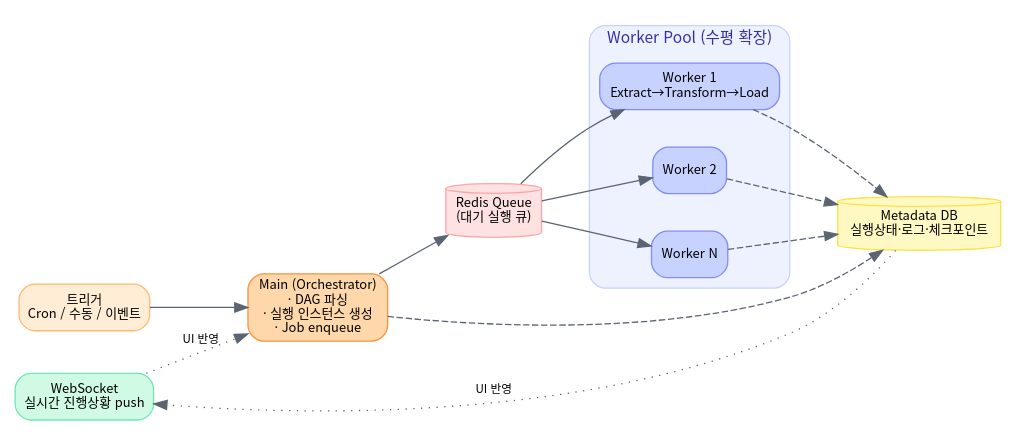
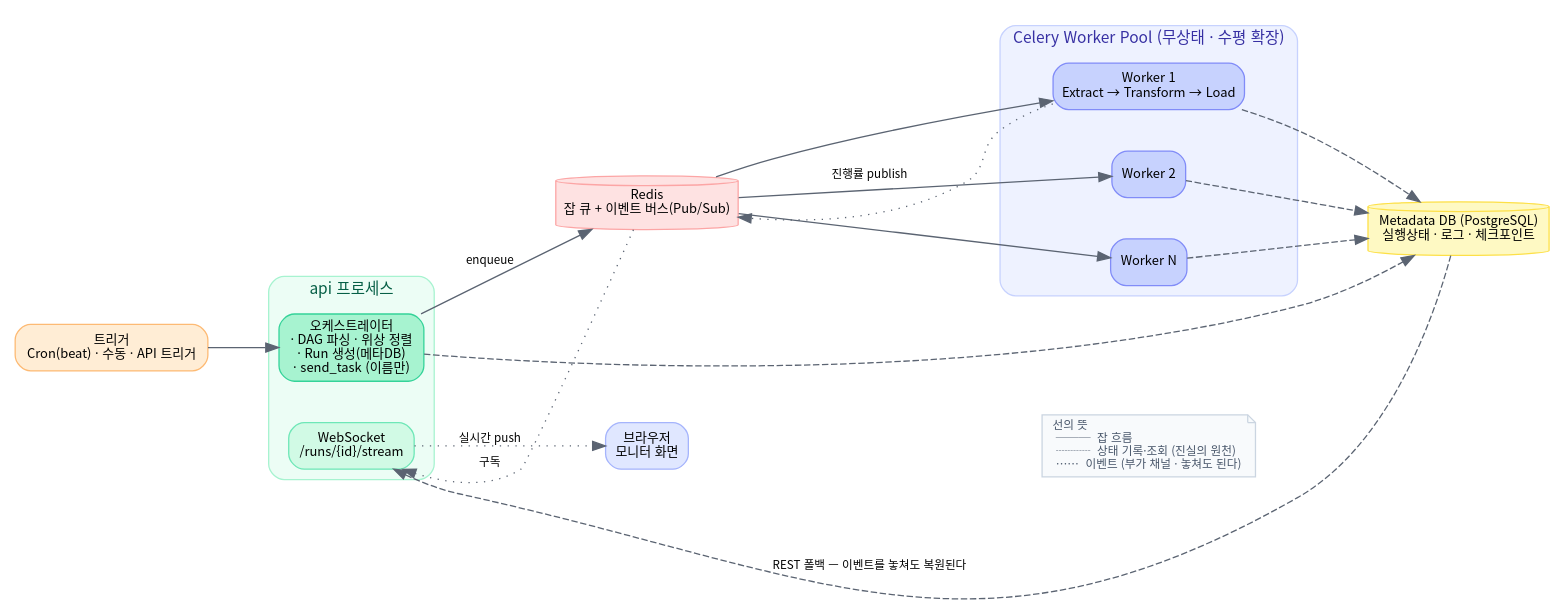
Before and after one commit to SurvivorsStudio/ditter: the diagram in docs/diagrams/d2_pipeline.dot, drawn with Graphviz. The commit also changed 8 other files, not shown here.

First line of the commit message:
docs: 다이어그램 넷을 실제 구조에 맞춘다

```diff
--- a/docs/diagrams/d2_pipeline.dot
+++ b/docs/diagrams/d2_pipeline.dot
@@ -1,26 +1,59 @@
+// 파이프라인 실행 흐름 — 그리고 **상태가 화면에 닿는 두 경로**.
+//
+// 이 그림이 존재하는 이유는 선의 종류다. 예전 그림은 메타DB 에서 WebSocket 으로 화살표를
+// 그렸는데, 그러면 "진행률은 메타DB 를 폴링해서 온다"로 읽힌다. 실제는 반대다 —
+// 워커가 Redis 로 publish 하고 api 의 WebSocket 이 구독해 밀어 준다.
+//
+// 그 구분이 왜 중요한가: 이벤트는 **부가 채널**이고 진실의 원천은 언제나 메타DB 다
+// (services/events.py 도크스트링). 구독자가 없어 이벤트를 놓쳐도 UI 는 REST 로 같은
+// 상태를 복원한다. 둘을 뒤집으면 "이벤트를 놓치면 상태를 잃는다"는 잘못된 그림이 된다.
+//
+// Main (Orchestrator) 는 별도 프로세스가 아니라 **api 안**이다 (services/run_service.py).
+//
+// 다시 그리기: docs/diagrams/README.md
+
 digraph G {
-  rankdir=LR; bgcolor="white";
-  node [fontname="Noto Sans CJK KR", fontsize=10, shape=box, style="rounded,filled"];
-  edge [fontname="Noto Sans CJK KR", fontsize=9, color="#5b6472"];
-  graph [fontname="Noto Sans CJK KR", fontsize=12, nodesep=0.4, ranksep=0.6];
+  rankdir=LR; bgcolor="white"; compound=true;
+  node [fontname="Noto Sans CJK KR,Apple SD Gothic Neo", fontsize=10, shape=box, style="rounded,filled"];
+  edge [fontname="Noto Sans CJK KR,Apple SD Gothic Neo", fontsize=9, color="#5b6472"];
+  graph [fontname="Noto Sans CJK KR,Apple SD Gothic Neo", fontsize=12, nodesep=0.45, ranksep=0.75];
 
-  trigger [label="트리거\nCron / 수동 / 이벤트", fillcolor="#ffedd5", color="#fdba74"];
-  main [label="Main (Orchestrator)\n· DAG 파싱\n· 실행 인스턴스 생성\n· Job enqueue", fillcolor="#fed7aa", color="#fb923c"];
-  redis [label="Redis Queue\n(대기 실행 큐)", shape=cylinder, fillcolor="#fee2e2", color="#fca5a5"];
+  trigger [label="트리거\nCron(beat) · 수동 · API 트리거", fillcolor="#ffedd5", color="#fdba74"];
+
+  subgraph cluster_api {
+    label="api 프로세스"; style="rounded,filled"; fillcolor="#ecfdf5"; color="#a7f3d0"; fontcolor="#065f46"; fontname="Noto Sans CJK KR,Apple SD Gothic Neo";
+    orch [label="오케스트레이터\n· DAG 파싱 · 위상 정렬\n· Run 생성(메타DB)\n· send_task (이름만)", fillcolor="#a7f3d0", color="#34d399"];
+    ws   [label="WebSocket\n/runs/{id}/stream", fillcolor="#d1fae5", color="#6ee7b7"];
+  }
+
+  redis [label="Redis\n잡 큐 + 이벤트 버스(Pub/Sub)", shape=cylinder, fillcolor="#fee2e2", color="#fca5a5"];
 
   subgraph cluster_w {
-    label="Worker Pool (수평 확장)"; style="rounded,filled"; fillcolor="#eef2ff"; color="#c7d2fe"; fontcolor="#3730a3"; fontname="Noto Sans CJK KR";
-    w1 [label="Worker 1\nExtract→Transform→Load", fillcolor="#c7d2fe", color="#818cf8"];
+    label="Celery Worker Pool (무상태 · 수평 확장)"; style="rounded,filled"; fillcolor="#eef2ff"; color="#c7d2fe"; fontcolor="#3730a3"; fontname="Noto Sans CJK KR,Apple SD Gothic Neo";
+    w1 [label="Worker 1\nExtract → Transform → Load", fillcolor="#c7d2fe", color="#818cf8"];
     w2 [label="Worker 2", fillcolor="#c7d2fe", color="#818cf8"];
     w3 [label="Worker N", fillcolor="#c7d2fe", color="#818cf8"];
   }
 
-  meta [label="Metadata DB\n실행상태·로그·체크포인트", shape=cylinder, fillcolor="#fef9c3", color="#fde047"];
-  ws [label="WebSocket\n실시간 진행상황 push", fillcolor="#d1fae5", color="#6ee7b7"];
+  meta    [label="Metadata DB (PostgreSQL)\n실행상태 · 로그 · 체크포인트", shape=cylinder, fillcolor="#fef9c3", color="#fde047"];
+  browser [label="브라우저\n모니터 화면", fillcolor="#e0e7ff", color="#a5b4fc"];
 
-  trigger -> main -> redis;
+  // ── 실선: 잡이 흐르는 길 ──────────────────────────────────────────────
+  trigger -> orch;
+  orch -> redis [label="enqueue"];
   redis -> w1; redis -> w2; redis -> w3;
+
+  // ── 파선: 상태를 쓰는 길. 여기가 진실의 원천이다 ──────────────────────
+  orch -> meta [style=dashed];
   w1 -> meta [style=dashed]; w2 -> meta [style=dashed]; w3 -> meta [style=dashed];
-  main -> meta [style=dashed];
-  meta -> ws -> main [style=dotted, constraint=false, label="UI 반영"];
+  meta -> ws  [style=dashed, constraint=false, label="REST 폴백 — 이벤트를 놓쳐도 복원된다"];
+
+  // ── 점선: 이벤트가 흐르는 길. 빠르지만 부가 채널이다 ──────────────────
+  w1 -> redis [style=dotted, constraint=false, label="진행률 publish"];
+  redis -> ws [style=dotted, constraint=false, label="구독"];
+  ws -> browser [style=dotted, label="실시간 push"];
+
+  legend [shape=note, style="filled", fillcolor="#f8fafc", color="#cbd5e1", fontsize=9,
+          fontcolor="#475569", label="선의 뜻\l  ───  잡 흐름\l  ┈┈┈  상태 기록·조회 (진실의 원천)\l  ⋯⋯  이벤트 (부가 채널 · 놓쳐도 된다)\l"];
+  browser -> legend [style=invis];
 }
```
